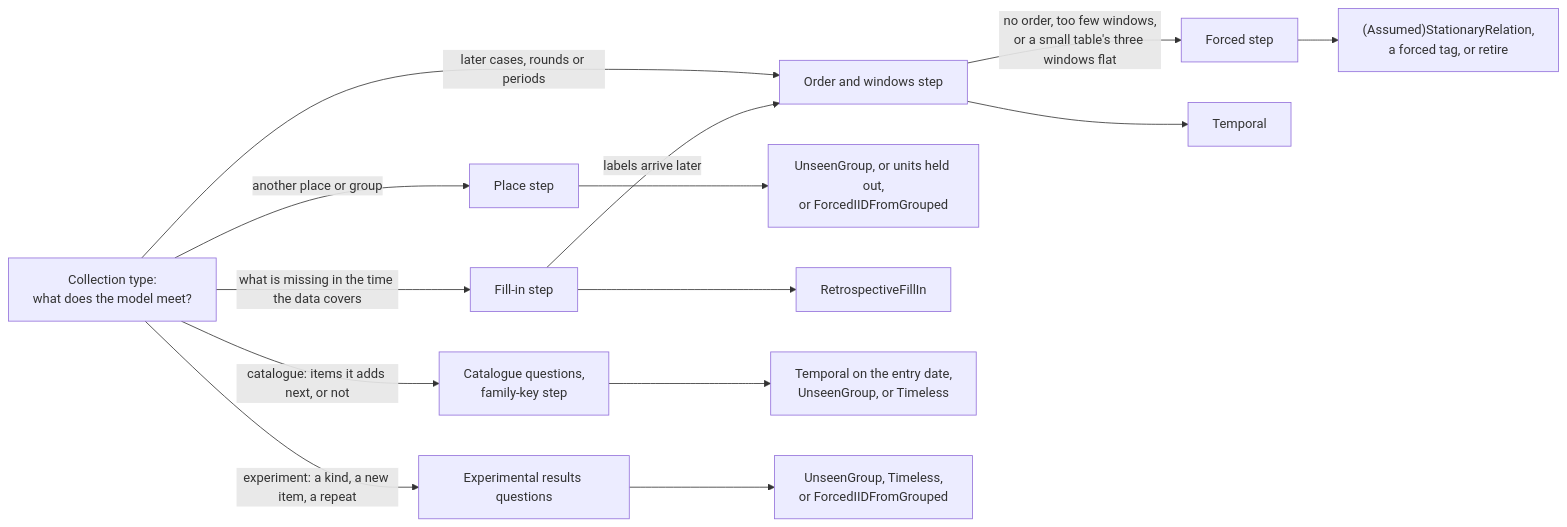
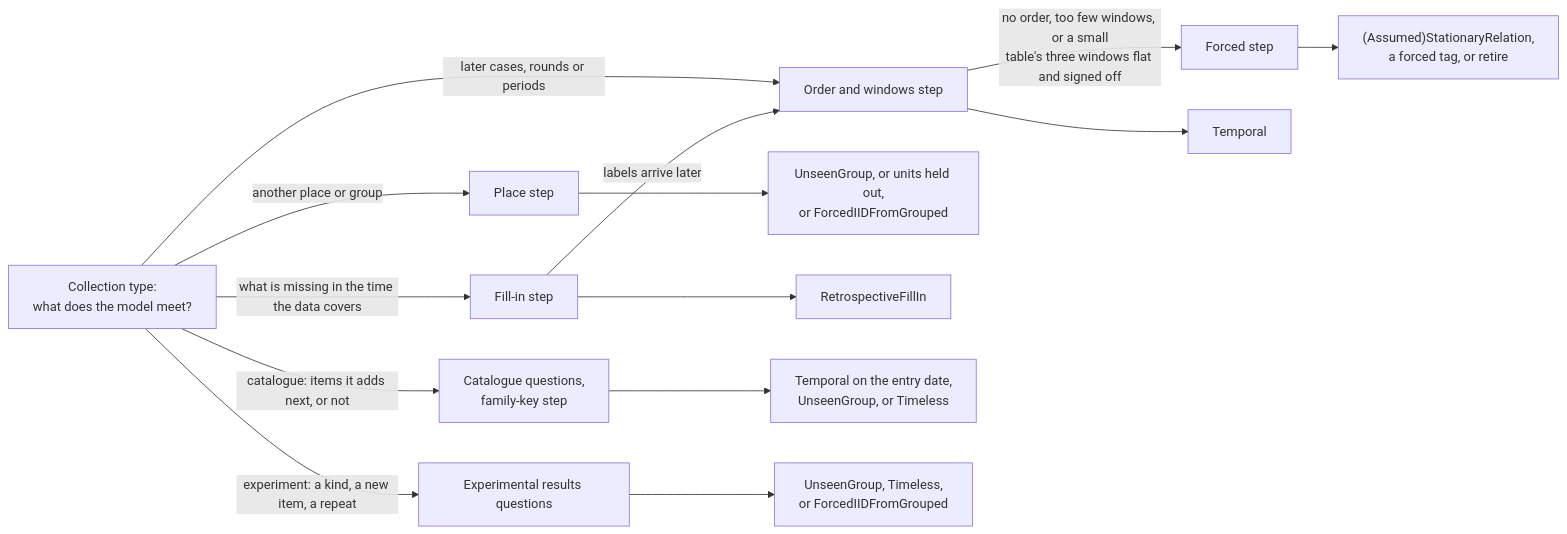
The diagram in .claude/skills/knowledge-curation/references/split_tree.md (TabArena/data-foundry), drawn with Mermaid before and after one commit. The commit also changed other lines of this file and 3 other files, not shown here.

First line of the commit message:
Small tables: a flat reading leaves the windows only when a person signs it off

````diff
--- a/.claude/skills/knowledge-curation/references/split_tree.md
+++ b/.claude/skills/knowledge-curation/references/split_tree.md
@@ -88,16 +88,16 @@
 ```mermaid
 flowchart LR
   T["Collection type:<br/>what does the model meet?"] -->|"another place or group"| P["Place step"]
   T -->|"what is missing in the time the data covers"| F["Fill-in step"]
   T -->|"later cases, rounds or periods"| O["Order and windows step"]
   T -->|"catalogue: items it adds next, or not"| K["Catalogue questions,<br/>family-key step"]
   T -->|"experiment: a kind, a new item, a repeat"| E["Experimental results questions"]
   F -->|"labels arrive later"| O
-  O -->|"no order, too few windows,<br/>or a small table's three windows flat"| X["Forced step"]
+  O -->|"no order, too few windows, or a small<br/>table's three windows flat and signed off"| X["Forced step"]
   P --> LP["UnseenGroup, or units held out,<br/>or ForcedIIDFromGrouped"]
   F --> LF["RetrospectiveFillIn"]
   O --> LO["Temporal"]
   X --> LX["(Assumed)StationaryRelation,<br/>a forced tag, or retire"]
   K --> LK["Temporal on the entry date,<br/>UnseenGroup, or Timeless"]
   E --> LE["UnseenGroup, Timeless,<br/>or ForcedIIDFromGrouped"]
 ```
````
